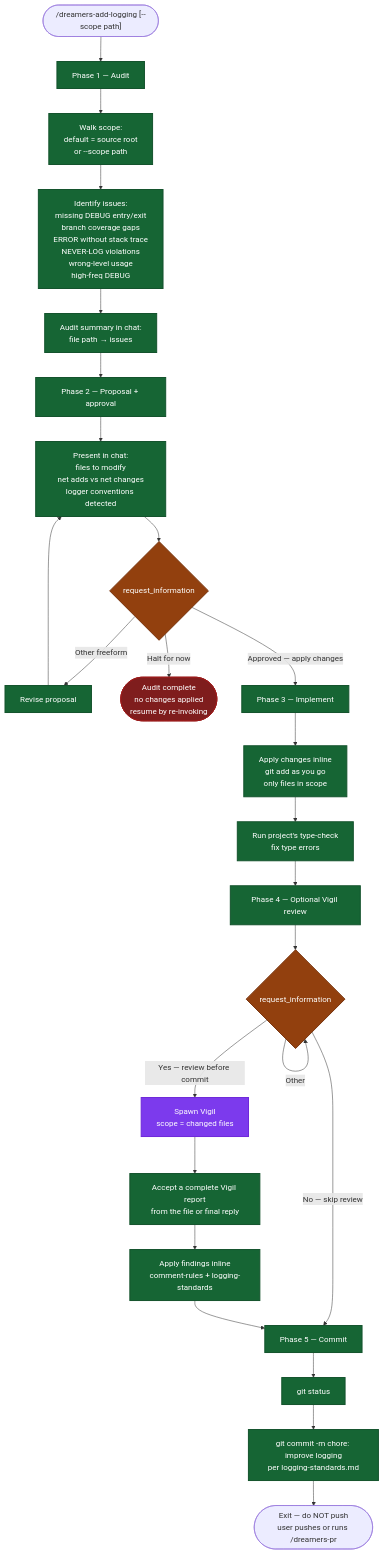
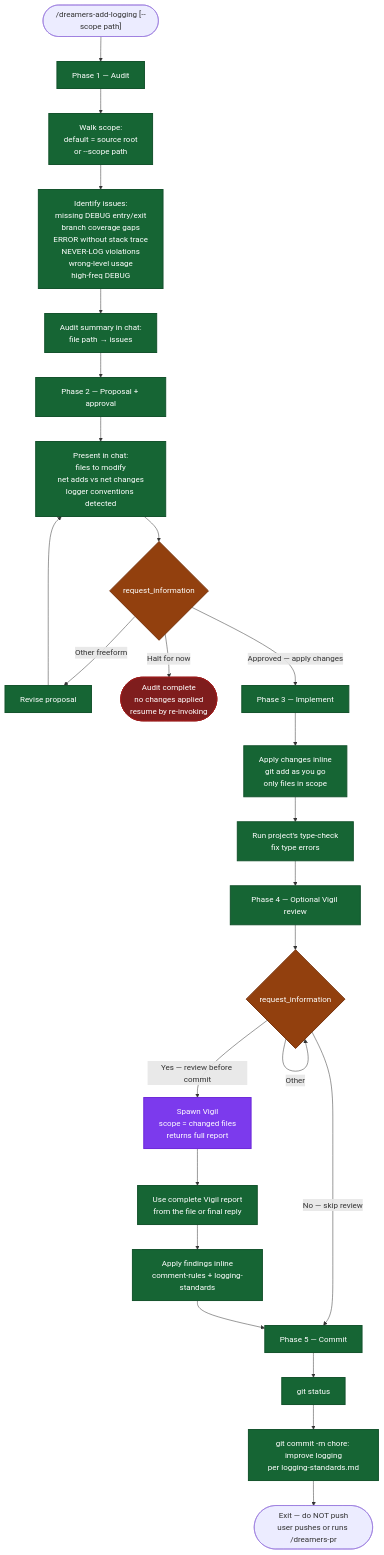
The diagram in .github/skills/dreamers-add-logging/readme.md (mrStorrs/dreamers-copilot), drawn with Mermaid before and after one commit. The commit also changed other lines of this file and 27 other files, not shown here.

````diff
--- a/.github/skills/dreamers-add-logging/readme.md
+++ b/.github/skills/dreamers-add-logging/readme.md
@@ -5,42 +5,42 @@
 ```mermaid
 flowchart TD
     Start(["/dreamers-add-logging [--scope path]"]) --> P1
 
     P1["Phase 1 — Audit"] --> Walk["Walk scope:<br/>default = source root<br/>or --scope path"]
     Walk --> Identify["Identify issues:<br/>missing DEBUG entry/exit<br/>branch coverage gaps<br/>ERROR without stack trace<br/>NEVER-LOG violations<br/>wrong-level usage<br/>high-freq DEBUG"]
     Identify --> Summary["Audit summary in chat:<br/>file path → issues"]
     Summary --> P2
 
     P2["Phase 2 — Proposal + approval"] --> Propose["Present in chat:<br/>files to modify<br/>net adds vs net changes<br/>logger conventions detected"]
     Propose --> ApprovalGate{"request_information"}
     ApprovalGate -->|Other freeform| Revise["Revise proposal"]
     Revise --> Propose
     ApprovalGate -->|Halt for now| HaltA(["Audit complete<br/>no changes applied<br/>resume by re-invoking"])
     ApprovalGate -->|Approved — apply changes| P3
 
     P3["Phase 3 — Implement"] --> Apply["Apply changes inline<br/>git add as you go<br/>only files in scope"]
     Apply --> TypeCheck["Run project's type-check<br/>fix type errors"]
     TypeCheck --> P4
 
     P4["Phase 4 — Optional Vigil review"] --> ReviewGate{"request_information"}
     ReviewGate -->|Other| ReviewGate
     ReviewGate -->|No — skip review| P5
-    ReviewGate -->|Yes — review before commit| SpawnVigil["Spawn Vigil<br/>scope = changed files"]
-    SpawnVigil --> CollectReview["Accept a complete Vigil report<br/>from the file or final reply"]
-    CollectReview --> ApplyFindings["Apply findings inline<br/>comment-rules + logging-standards"]
+    ReviewGate -->|Yes — review before commit| SpawnVigil["Spawn Vigil<br/>scope = changed files<br/>returns full report"]
+    SpawnVigil --> ReadArtifact["Use complete Vigil report<br/>from the file or final reply"]
+    ReadArtifact --> ApplyFindings["Apply findings inline<br/>comment-rules + logging-standards"]
     ApplyFindings --> P5
 
     P5["Phase 5 — Commit"] --> Status["git status"]
     Status --> Commit["git commit -m chore: improve logging<br/>per logging-standards.md"]
     Commit --> End(["Exit — do NOT push<br/>user pushes or runs /dreamers-pr"])
 
     classDef gate fill:#92400e,stroke:#78350f,stroke-width:2px,color:#fff
     classDef halt fill:#7f1d1d,stroke:#991b1b,stroke-width:2px,color:#fff
     classDef phase fill:#166534,stroke:#14532d,stroke-width:2px,color:#fff
     classDef agent fill:#7c3aed,stroke:#6d28d9,stroke-width:2px,color:#fff
 
     class ApprovalGate,ReviewGate gate
     class HaltA halt
     class SpawnVigil agent
-    class P1,P2,P3,P4,P5,Walk,Identify,Summary,Propose,Revise,Apply,TypeCheck,CollectReview,ApplyFindings,Status,Commit phase
+    class P1,P2,P3,P4,P5,Walk,Identify,Summary,Propose,Revise,Apply,TypeCheck,ReadArtifact,ApplyFindings,Status,Commit phase
 ```
````
